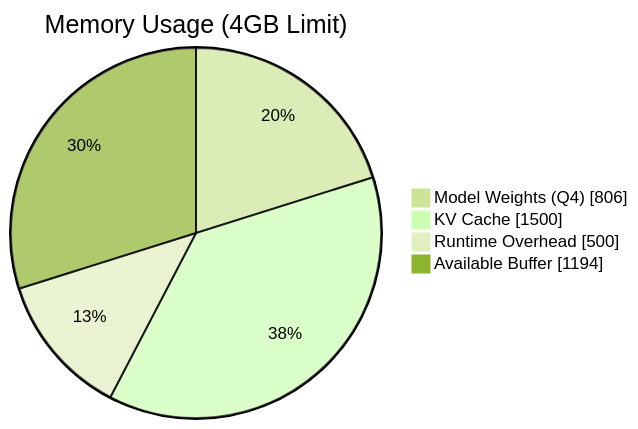
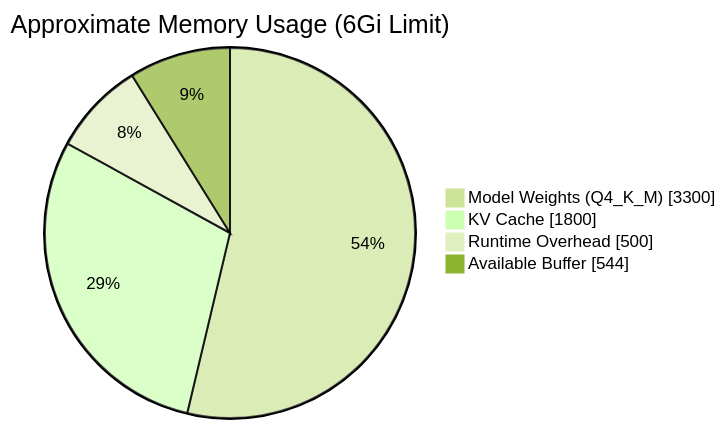
The fifth of 7 diagrams in docs/src/content/docs/architecture/gemma-llm.mdx (nsudhanva/k8s-oracle), drawn with Mermaid (forest theme) before and after one commit. The commit also changed other lines of this file and 10 other files, not shown here.

````diff
--- a/docs/src/content/docs/architecture/gemma-llm.mdx
+++ b/docs/src/content/docs/architecture/gemma-llm.mdx
@@ -272,8 +277,8 @@
 ```mermaid
 pie showData
-    title Memory Usage (4GB Limit)
-    "Model Weights (Q4)" : 806
-    "KV Cache" : 1500
+    title Approximate Memory Usage (6Gi Limit)
+    "Model Weights (Q4_K_M)" : 3300
+    "KV Cache" : 1800
     "Runtime Overhead" : 500
-    "Available Buffer" : 1194
+    "Available Buffer" : 544
 ```
````
